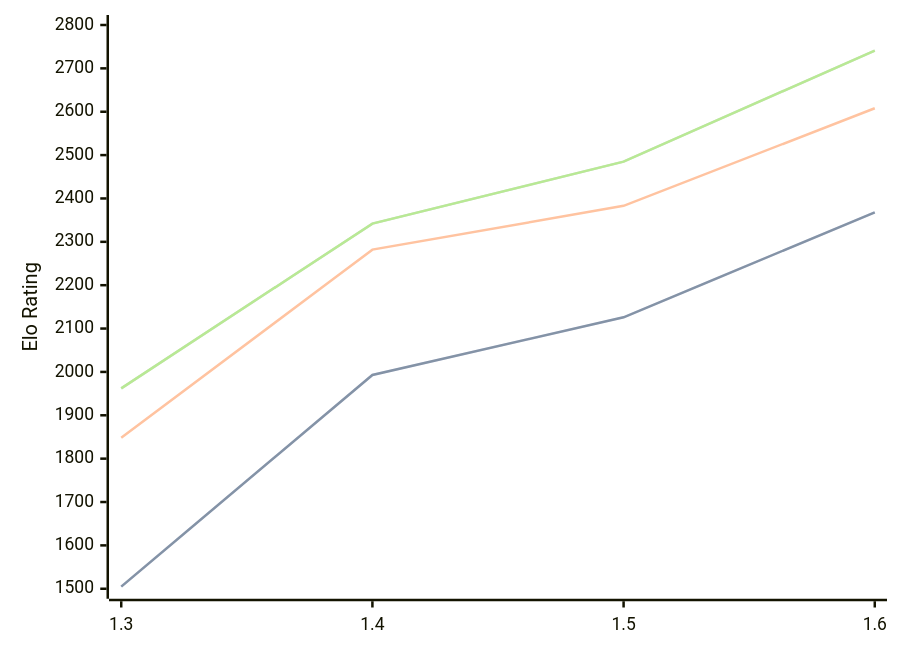
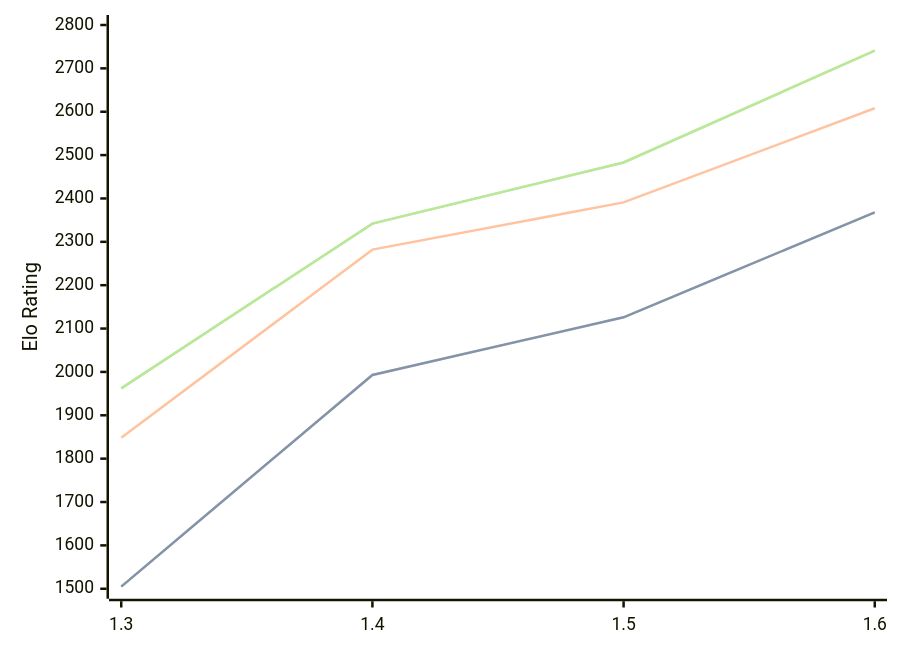
One commit to computer-chess-index/cci changed the third of 3 diagrams in engines/Facon.md. Above: the diagram before and after it, drawn with Mermaid. The commit also changed other lines of this file, not shown here.

Commit message:
Update CCI Ratings (ELO VLTC) - 2026-07-07

````diff
--- a/engines/Facon.md
+++ b/engines/Facon.md
@@ -70,11 +70,11 @@
 ```mermaid
 %%{init: {"theme":"base","themeVariables":{"seriesColors:['#a3a3a3','#222221','#faa371']}}}%%
 xychart-beta
   x-axis ["1.3", "1.4", "1.5", "1.6"]
   y-axis "Elo Rating" 1500 --> 2800
   line "STC (8.0+0.08s)" [1505, 1993, 2126, 2368]
   line "STC (8.0+0.08s)" [1505, 1993, 2126, 2368]
-  line "LTC (60.0+0.60s)" [1848, 2282, 2383, 2608]
-  line "VLTC (2m24s+1.12s)" [1962, 2342, 2485, 2741]
-  line "VLTC (2m24s+1.12s)" [1962, 2342, 2485, 2741]
+  line "LTC (60.0+0.60s)" [1848, 2282, 2391, 2608]
+  line "VLTC (2m24s+1.12s)" [1962, 2342, 2483, 2741]
+  line "VLTC (2m24s+1.12s)" [1962, 2342, 2483, 2741]
 ```
````
